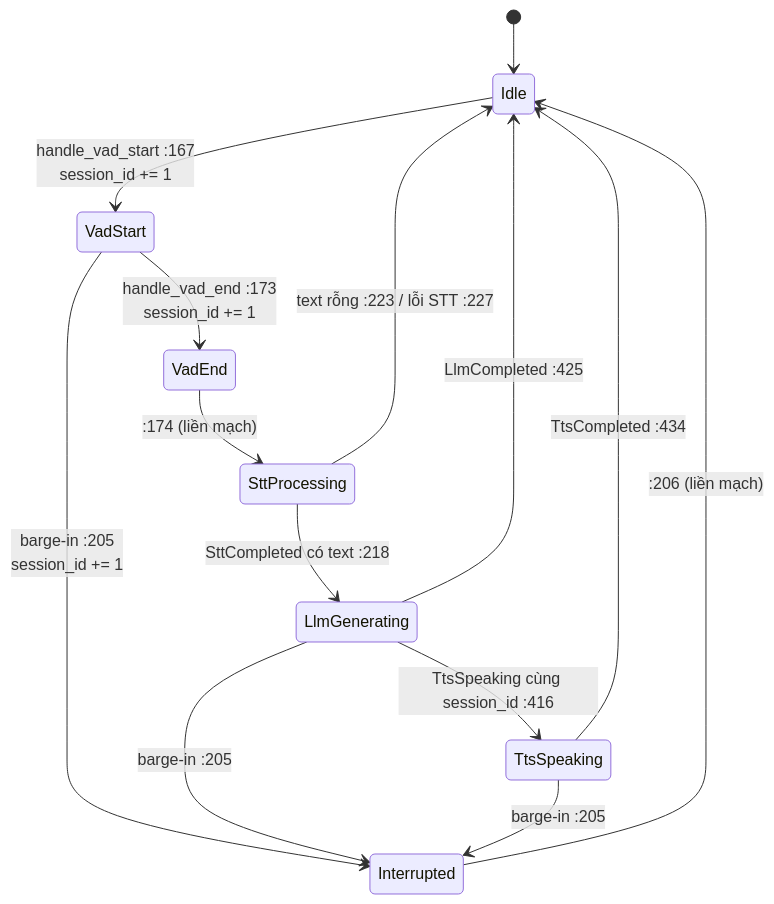
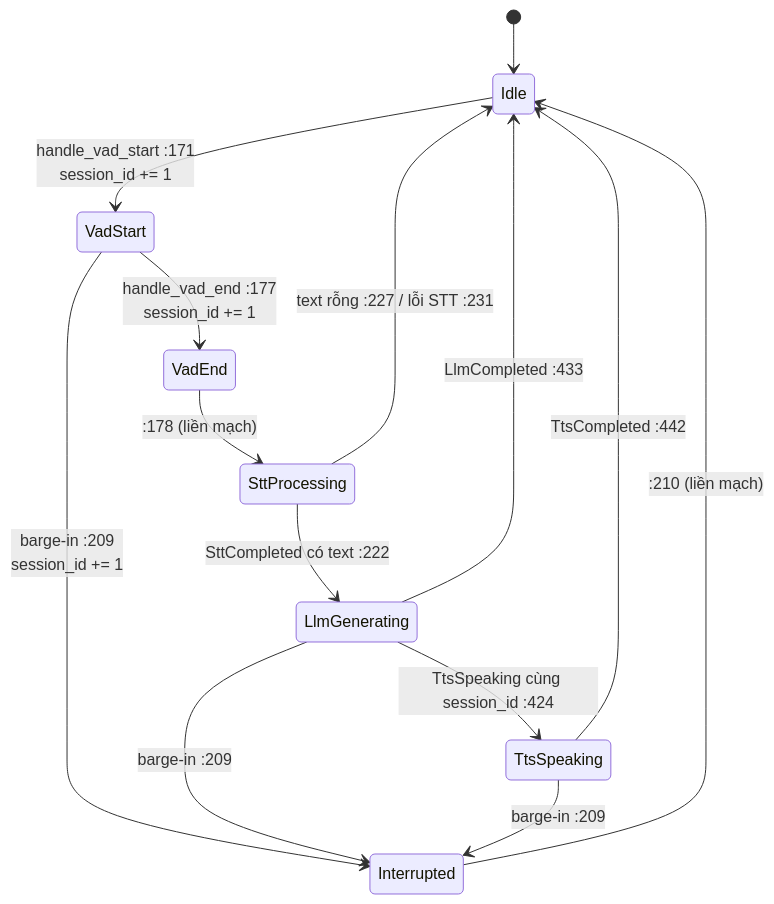
Before and after one commit to DuongNAD/LIVA: the second of 5 diagrams in docs/01-ban-ve/05-agent-bo-nho-va-tien-hoa.md, drawn with Mermaid. The commit also changed other lines of this file and 11 other files, not shown here.

````diff
--- a/docs/01-ban-ve/05-agent-bo-nho-va-tien-hoa.md
+++ b/docs/01-ban-ve/05-agent-bo-nho-va-tien-hoa.md
@@ -274,16 +278,16 @@
 ```mermaid
 stateDiagram-v2
     [*] --> Idle
-    Idle --> VadStart: handle_vad_start :167<br/>session_id += 1
-    VadStart --> VadEnd: handle_vad_end :173<br/>session_id += 1
-    VadEnd --> SttProcessing: :174 (liền mạch)
-    SttProcessing --> LlmGenerating: SttCompleted có text :218
-    SttProcessing --> Idle: text rỗng :223 / lỗi STT :227
-    LlmGenerating --> TtsSpeaking: TtsSpeaking cùng session_id :416
-    LlmGenerating --> Idle: LlmCompleted :425
-    TtsSpeaking --> Idle: TtsCompleted :434
-    VadStart --> Interrupted: barge-in :205<br/>session_id += 1
-    LlmGenerating --> Interrupted: barge-in :205
-    TtsSpeaking --> Interrupted: barge-in :205
-    Interrupted --> Idle: :206 (liền mạch)
+    Idle --> VadStart: handle_vad_start :171<br/>session_id += 1
+    VadStart --> VadEnd: handle_vad_end :177<br/>session_id += 1
+    VadEnd --> SttProcessing: :178 (liền mạch)
+    SttProcessing --> LlmGenerating: SttCompleted có text :222
+    SttProcessing --> Idle: text rỗng :227 / lỗi STT :231
+    LlmGenerating --> TtsSpeaking: TtsSpeaking cùng session_id :424
+    LlmGenerating --> Idle: LlmCompleted :433
+    TtsSpeaking --> Idle: TtsCompleted :442
+    VadStart --> Interrupted: barge-in :209<br/>session_id += 1
+    LlmGenerating --> Interrupted: barge-in :209
+    TtsSpeaking --> Interrupted: barge-in :209
+    Interrupted --> Idle: :210 (liền mạch)
 ```
````
